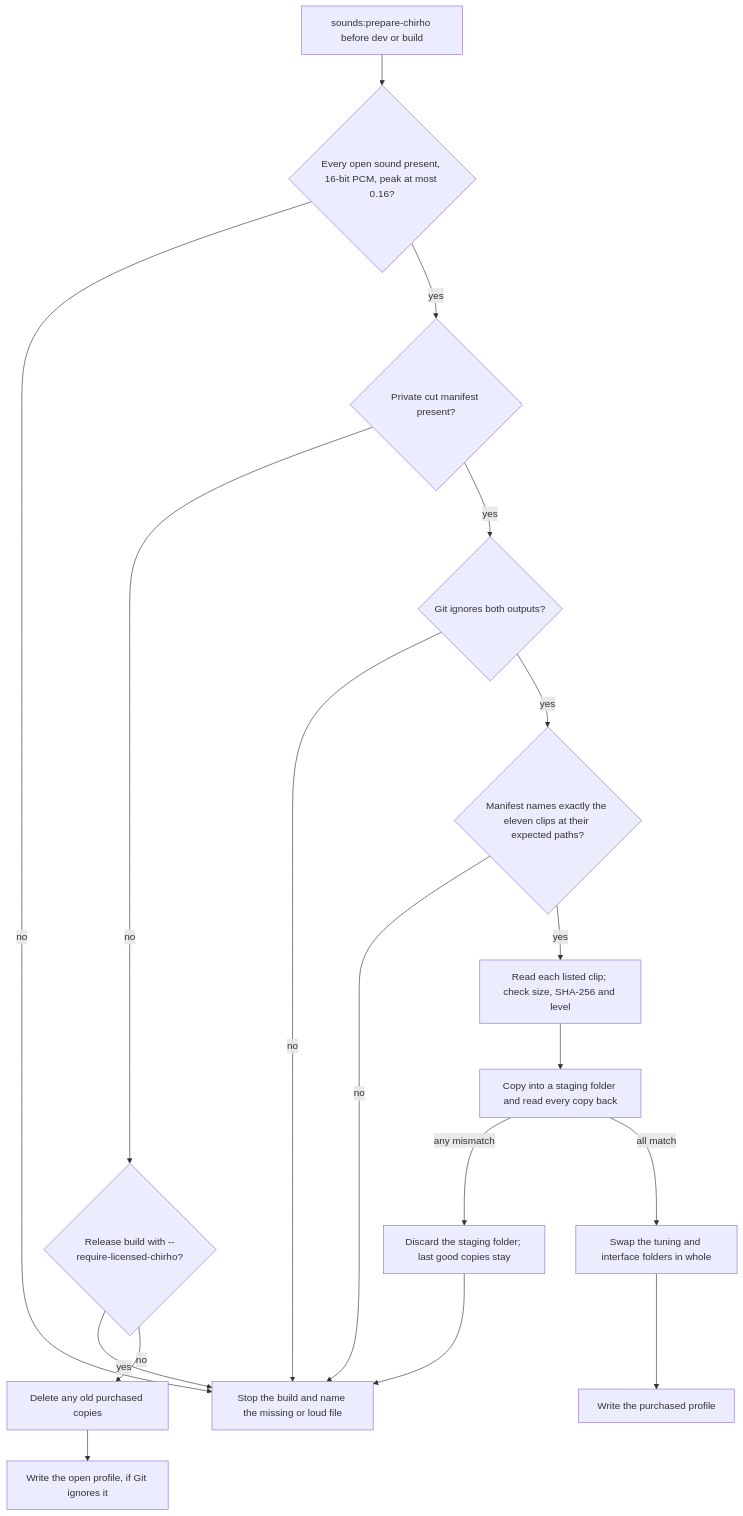
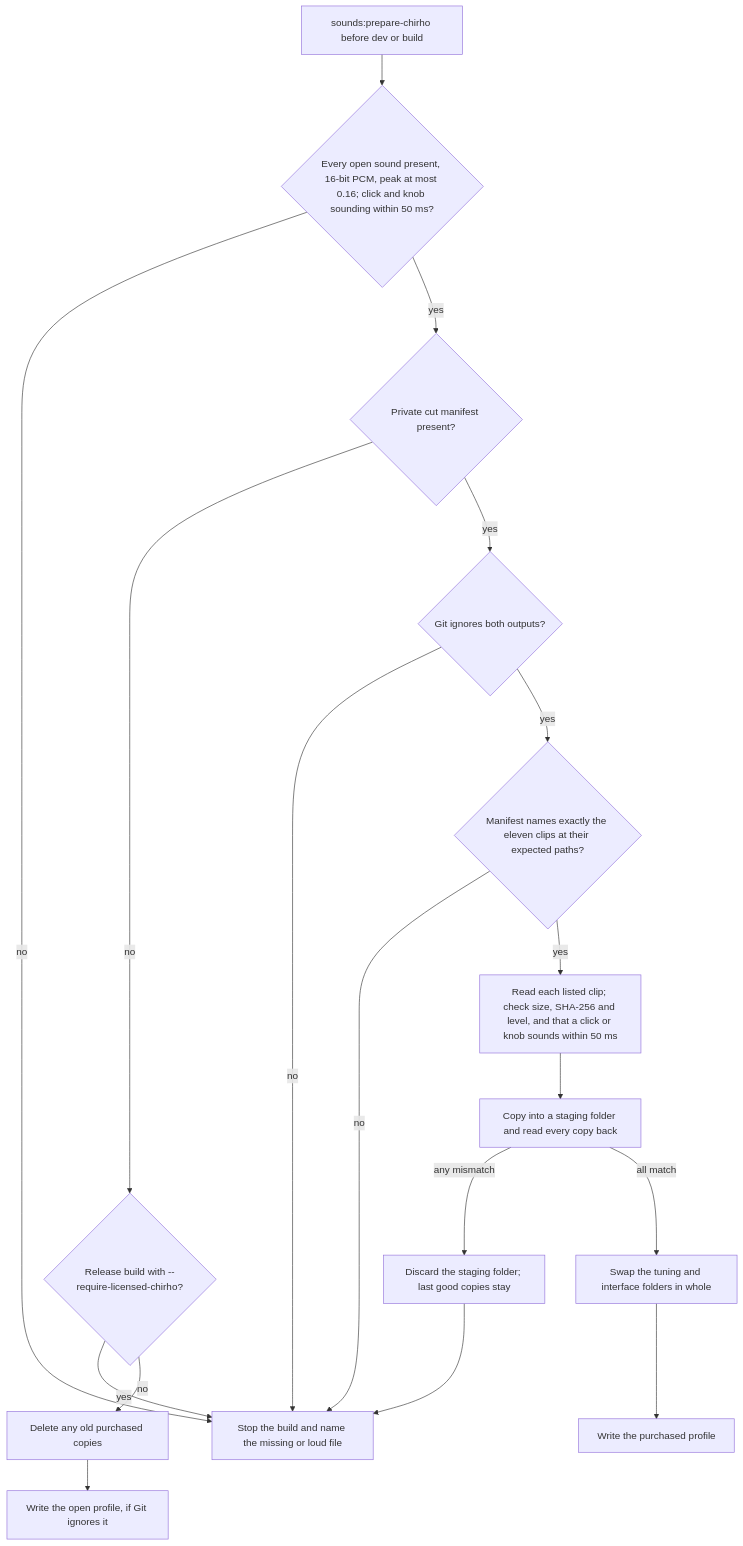
The first of 3 diagrams in spec-chirho/workflows-chirho/radio_sounds_workflow_chirho.md (loveJesus/audiobiblerad.io-chirho), drawn with Mermaid before and after one commit. The commit also changed other lines of this file and 14 other files, not shown here.

First line of the commit message:
Prepare native sound bundles and detent-first knob feedback

````diff
--- a/spec-chirho/workflows-chirho/radio_sounds_workflow_chirho.md
+++ b/spec-chirho/workflows-chirho/radio_sounds_workflow_chirho.md
@@ -18,20 +18,20 @@
 ```mermaid
 flowchart TD
-    start_chirho[sounds:prepare-chirho before dev or build] --> open_chirho{Every open sound present, 16-bit PCM, peak at most 0.16?}
+    start_chirho[sounds:prepare-chirho before dev or build] --> open_chirho{Every open sound present, 16-bit PCM, peak at most 0.16; click and knob sounding within 50 ms?}
     open_chirho -- no --> stop_chirho[Stop the build and name the missing or loud file]
     open_chirho -- yes --> private_chirho{Private cut manifest present?}
     private_chirho -- no --> release_chirho{Release build with --require-licensed-chirho?}
     release_chirho -- yes --> stop_chirho
     release_chirho -- no --> clear_chirho[Delete any old purchased copies]
     clear_chirho --> open_profile_chirho[Write the open profile, if Git ignores it]
     private_chirho -- yes --> ignored_chirho{Git ignores both outputs?}
     ignored_chirho -- no --> stop_chirho
     ignored_chirho -- yes --> manifest_chirho{Manifest names exactly the eleven clips at their expected paths?}
     manifest_chirho -- no --> stop_chirho
-    manifest_chirho -- yes --> verify_chirho[Read each listed clip; check size, SHA-256 and level]
+    manifest_chirho -- yes --> verify_chirho[Read each listed clip; check size, SHA-256 and level, and that a click or knob sounds within 50 ms]
     verify_chirho --> stage_chirho[Copy into a staging folder and read every copy back]
     stage_chirho -- any mismatch --> keep_chirho[Discard the staging folder; last good copies stay]
     keep_chirho --> stop_chirho
     stage_chirho -- all match --> swap_chirho[Swap the tuning and interface folders in whole]
     swap_chirho --> licensed_profile_chirho[Write the purchased profile]
 ```
````
